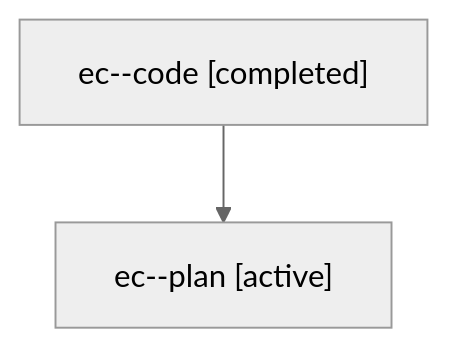
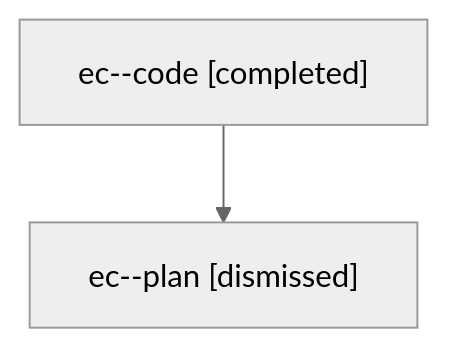
Before and after one commit to sase-org/sase--agents: the diagram in sessions/bbugyi200.athena.ec.md, drawn with Mermaid (neutral theme). The commit also changed other lines of this file and 31 other files, not shown here.

````diff
--- a/sessions/bbugyi200.athena.ec.md
+++ b/sessions/bbugyi200.athena.ec.md
@@ -9,6 +9,6 @@
 ```mermaid
 flowchart TD
   n0["ec--code [completed]"]
-  n1["ec--plan [active]"]
+  n1["ec--plan [dismissed]"]
   n0 --> n1
 ```
````
